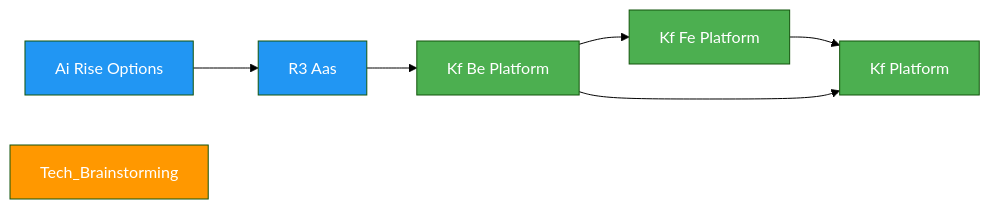
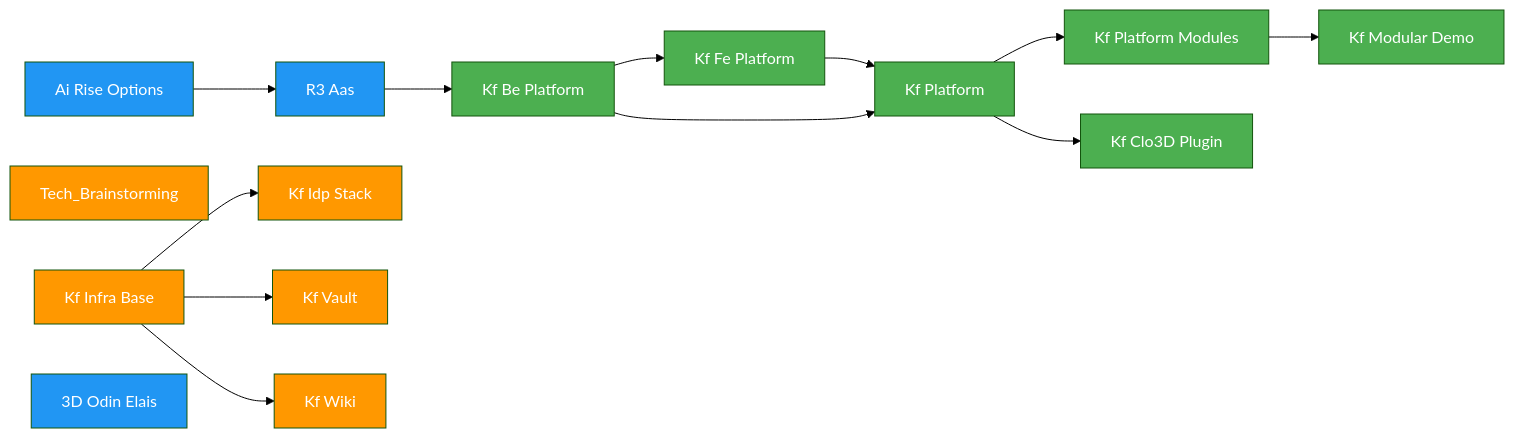
One commit to Katty-Fashion/kf-cpto changed the diagram in docs/dependency-graph.md. Above: the diagram before and after it, drawn with Mermaid (forest theme). The commit also changed other lines of this file and 36 other files, not shown here.

````diff
--- a/docs/dependency-graph.md
+++ b/docs/dependency-graph.md
@@ -10,18 +10,32 @@
 ```mermaid
 graph LR
     R3_AAS["R3 Aas"]:::eu
     ai_rise_options["Ai Rise Options"]:::eu
     kf_be_platform["Kf Be Platform"]:::saas
     kf_fe_platform["Kf Fe Platform"]:::saas
     kf_platform["Kf Platform"]:::saas
     tech_brainstorming["Tech_Brainstorming"]:::internal
+    kf_infra_base["Kf Infra Base"]:::internal
+    kf_idp_stack["Kf Idp Stack"]:::internal
+    kf_vault["Kf Vault"]:::internal
+    kf_wiki["Kf Wiki"]:::internal
+    kf_platform_modules["Kf Platform Modules"]:::saas
+    kf_modular_demo["Kf Modular Demo"]:::saas
+    kf_clo3d_plugin["Kf Clo3D Plugin"]:::saas
+    n_3D_ODIN_ELAIS["3D Odin Elais"]:::eu
     ai_rise_options --> R3_AAS
     R3_AAS --> kf_be_platform
     kf_be_platform --> kf_fe_platform
     kf_fe_platform --> kf_platform
     kf_be_platform --> kf_platform
+    kf_infra_base --> kf_idp_stack
+    kf_infra_base --> kf_vault
+    kf_infra_base --> kf_wiki
+    kf_platform --> kf_platform_modules
+    kf_platform_modules --> kf_modular_demo
+    kf_platform --> kf_clo3d_plugin
 
     classDef saas fill:#4CAF50,color:#fff
     classDef eu fill:#2196F3,color:#fff
     classDef internal fill:#FF9800,color:#fff
 ```
````
